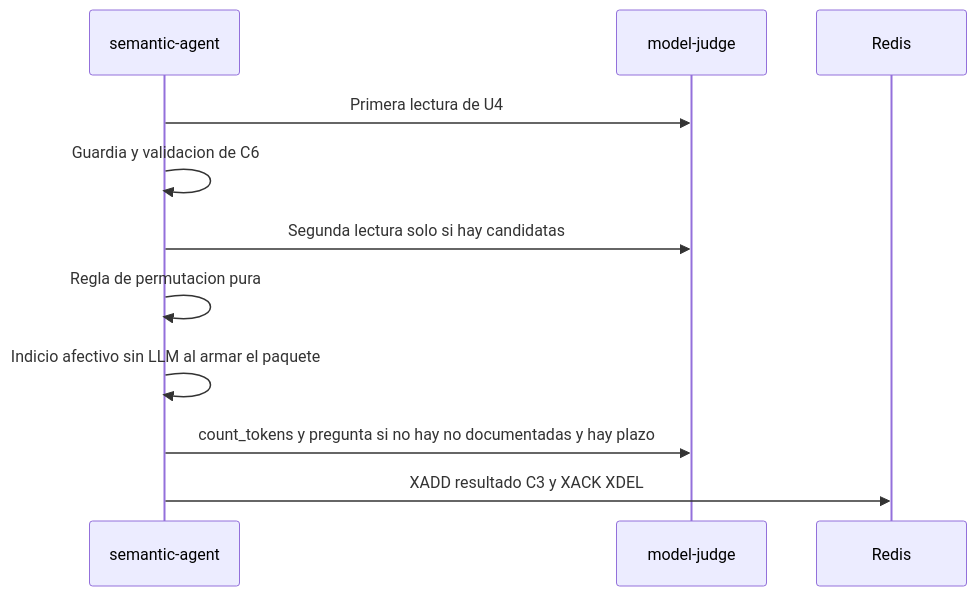
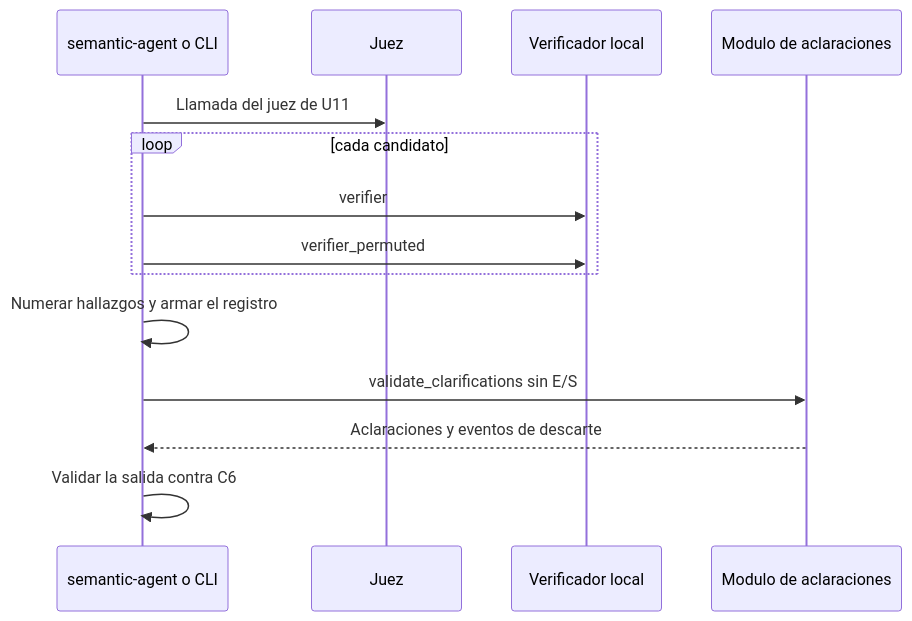
One commit to freyesJaveriana/tai changed the diagram in aidlc/spaces/default/intents/261002-veridicus-mvp/construction/assistant-extras/nfr-design/performance-design.md. Above: the diagram before and after it, drawn with Mermaid. The commit also changed other lines of this file and 10 other files, not shown here.

````diff
--- a/aidlc/spaces/default/intents/261002-veridicus-mvp/construction/assistant-extras/nfr-design/performance-design.md
+++ b/aidlc/spaces/default/intents/261002-veridicus-mvp/construction/assistant-extras/nfr-design/performance-design.md
@@ -18,13 +25,16 @@
 ```mermaid
 sequenceDiagram
-  participant S as semantic-agent
-  participant J as model-judge
-  participant R as Redis
-  S->>J: Primera lectura de U4
-  S->>S: Guardia y validacion de C6
-  S->>J: Segunda lectura solo si hay candidatas
-  S->>S: Regla de permutacion pura
-  S->>S: Indicio afectivo sin LLM al armar el paquete
-  S->>J: count_tokens y pregunta si no hay no documentadas y hay plazo
-  S->>R: XADD resultado C3 y XACK XDEL
+  participant W as semantic-agent o CLI
+  participant J as Juez
+  participant V as Verificador local
+  participant L as Modulo de aclaraciones
+  W->>J: Llamada del juez de U11
+  loop cada candidato
+    W->>V: verifier
+    W->>V: verifier_permuted
+  end
+  W->>W: Numerar hallazgos y armar el registro
+  W->>L: validate_clarifications sin E/S
+  L-->>W: Aclaraciones y eventos de descarte
+  W->>W: Validar la salida contra C6
 ```
````
